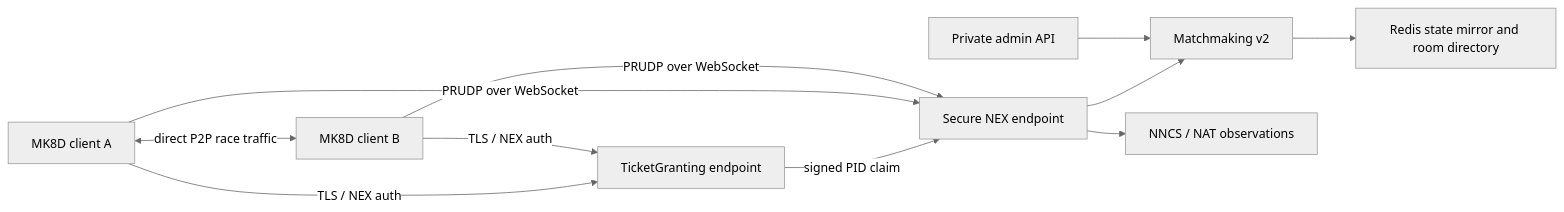
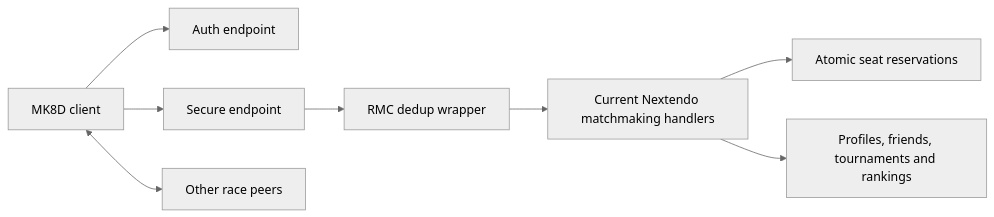
One commit to alyeri/nextendo-mk8d-matchmaking-v2 changed the diagram in docs/ARCHITECTURE.md. Above: the diagram before and after it, drawn with Mermaid (neutral theme). The commit also changed other lines of this file and 18 other files, not shown here.

````diff
--- a/docs/ARCHITECTURE.md
+++ b/docs/ARCHITECTURE.md
@@ -8,13 +8,10 @@
 ```mermaid
 flowchart LR
-    C1["MK8D client A"] -->|"TLS / NEX auth"| A["TicketGranting endpoint"]
-    C2["MK8D client B"] -->|"TLS / NEX auth"| A
-    A -->|"signed PID claim"| S["Secure NEX endpoint"]
-    C1 -->|"PRUDP over WebSocket"| S
-    C2 -->|"PRUDP over WebSocket"| S
-    S --> M["Matchmaking v2"]
-    M --> R["Redis state mirror and room directory"]
-    S --> N["NNCS / NAT observations"]
-    C1 <-->|"direct P2P race traffic"| C2
-    D["Private admin API"] --> M
+    C["MK8D client"] --> A["Auth endpoint"]
+    C --> S["Secure endpoint"]
+    S --> D["RMC dedup wrapper"]
+    D --> M["Current Nextendo matchmaking handlers"]
+    M --> R["Atomic seat reservations"]
+    M --> P["Profiles, friends, tournaments and rankings"]
+    C <--> O["Other race peers"]
 ```
````
